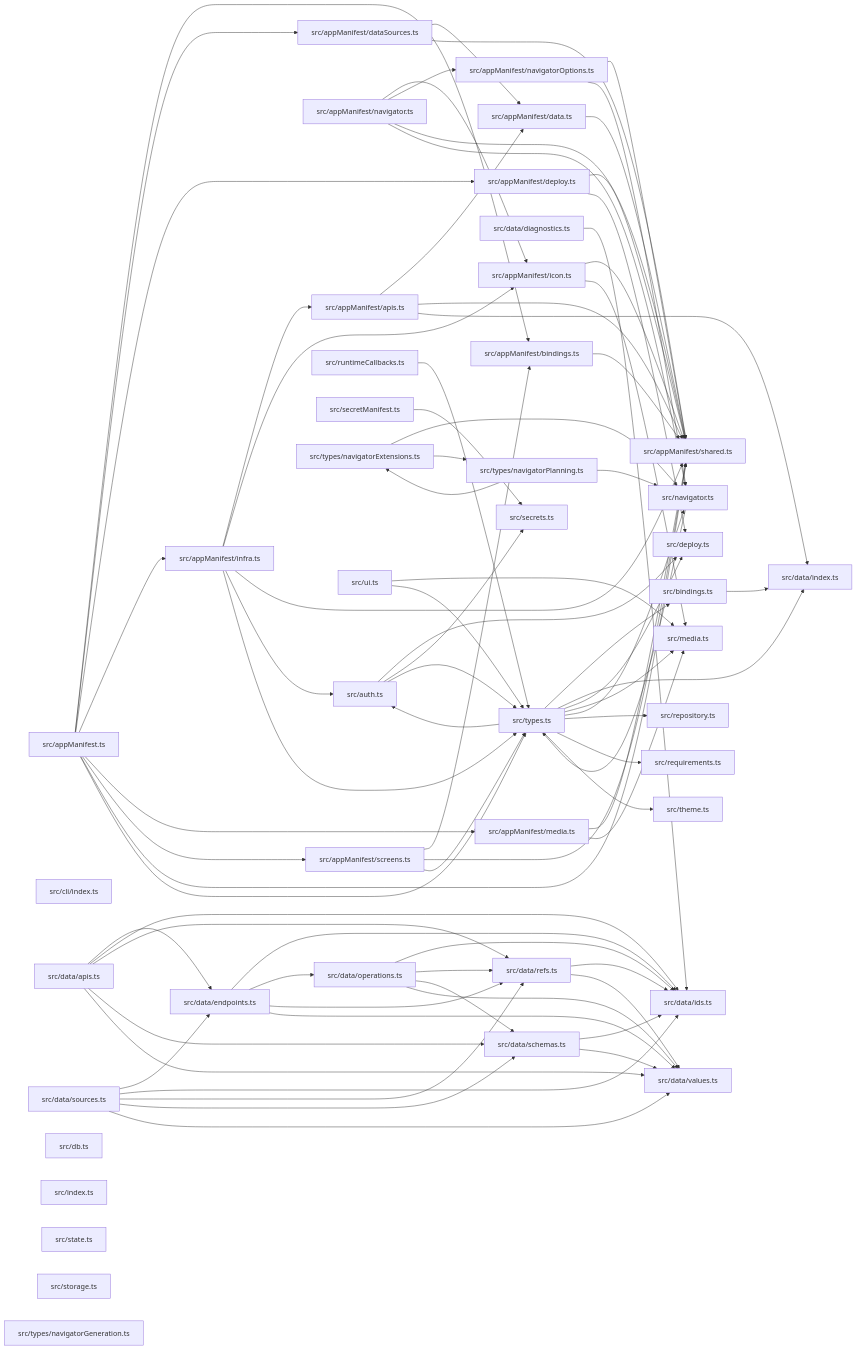
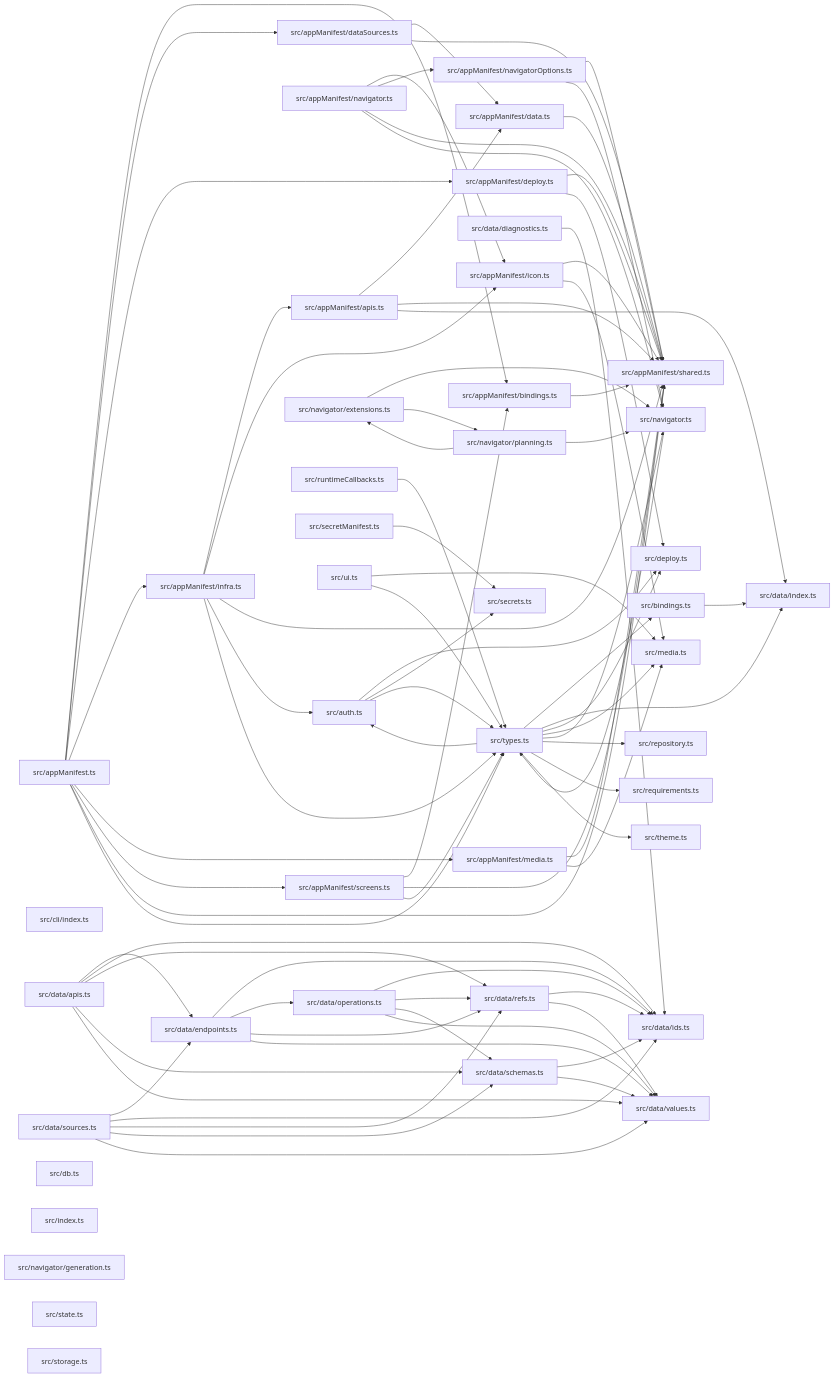
The diagram in paradox/diagrams/module-relationships.mmd (ankhorage/contracts), drawn with Mermaid before and after one commit. The commit also changed 10 other files, not shown here.

```diff
--- a/paradox/diagrams/module-relationships.mmd
+++ b/paradox/diagrams/module-relationships.mmd
@@ -1,125 +1,125 @@
 graph LR
   module_src_appManifest_ts["src/appManifest.ts"]
   module_src_appManifest_apis_ts["src/appManifest/apis.ts"]
   module_src_appManifest_bindings_ts["src/appManifest/bindings.ts"]
   module_src_appManifest_data_ts["src/appManifest/data.ts"]
   module_src_appManifest_dataSources_ts["src/appManifest/dataSources.ts"]
   module_src_appManifest_deploy_ts["src/appManifest/deploy.ts"]
   module_src_appManifest_icon_ts["src/appManifest/icon.ts"]
   module_src_appManifest_infra_ts["src/appManifest/infra.ts"]
   module_src_appManifest_media_ts["src/appManifest/media.ts"]
   module_src_appManifest_navigator_ts["src/appManifest/navigator.ts"]
   module_src_appManifest_navigatorOptions_ts["src/appManifest/navigatorOptions.ts"]
   module_src_appManifest_screens_ts["src/appManifest/screens.ts"]
   module_src_appManifest_shared_ts["src/appManifest/shared.ts"]
   module_src_auth_ts["src/auth.ts"]
   module_src_bindings_ts["src/bindings.ts"]
   module_src_cli_index_ts["src/cli/index.ts"]
   module_src_data_apis_ts["src/data/apis.ts"]
   module_src_data_diagnostics_ts["src/data/diagnostics.ts"]
   module_src_data_endpoints_ts["src/data/endpoints.ts"]
   module_src_data_ids_ts["src/data/ids.ts"]
   module_src_data_index_ts["src/data/index.ts"]
   module_src_data_operations_ts["src/data/operations.ts"]
   module_src_data_refs_ts["src/data/refs.ts"]
   module_src_data_schemas_ts["src/data/schemas.ts"]
   module_src_data_sources_ts["src/data/sources.ts"]
   module_src_data_values_ts["src/data/values.ts"]
   module_src_db_ts["src/db.ts"]
   module_src_deploy_ts["src/deploy.ts"]
   module_src_index_ts["src/index.ts"]
   module_src_media_ts["src/media.ts"]
   module_src_navigator_ts["src/navigator.ts"]
+  module_src_navigator_extensions_ts["src/navigator/extensions.ts"]
+  module_src_navigator_generation_ts["src/navigator/generation.ts"]
+  module_src_navigator_planning_ts["src/navigator/planning.ts"]
   module_src_repository_ts["src/repository.ts"]
   module_src_requirements_ts["src/requirements.ts"]
   module_src_runtimeCallbacks_ts["src/runtimeCallbacks.ts"]
   module_src_secretManifest_ts["src/secretManifest.ts"]
   module_src_secrets_ts["src/secrets.ts"]
   module_src_state_ts["src/state.ts"]
   module_src_storage_ts["src/storage.ts"]
   module_src_theme_ts["src/theme.ts"]
   module_src_types_ts["src/types.ts"]
-  module_src_types_navigatorExtensions_ts["src/types/navigatorExtensions.ts"]
-  module_src_types_navigatorGeneration_ts["src/types/navigatorGeneration.ts"]
-  module_src_types_navigatorPlanning_ts["src/types/navigatorPlanning.ts"]
   module_src_ui_ts["src/ui.ts"]
   module_src_appManifest_ts --> module_src_appManifest_bindings_ts
   module_src_appManifest_ts --> module_src_appManifest_dataSources_ts
   module_src_appManifest_ts --> module_src_appManifest_deploy_ts
   module_src_appManifest_ts --> module_src_appManifest_infra_ts
   module_src_appManifest_ts --> module_src_appManifest_media_ts
   module_src_appManifest_ts --> module_src_appManifest_screens_ts
   module_src_appManifest_ts --> module_src_appManifest_shared_ts
   module_src_appManifest_ts --> module_src_types_ts
   module_src_appManifest_apis_ts --> module_src_appManifest_data_ts
   module_src_appManifest_apis_ts --> module_src_appManifest_shared_ts
   module_src_appManifest_apis_ts --> module_src_data_index_ts
   module_src_appManifest_bindings_ts --> module_src_appManifest_shared_ts
   module_src_appManifest_data_ts --> module_src_appManifest_shared_ts
   module_src_appManifest_dataSources_ts --> module_src_appManifest_data_ts
   module_src_appManifest_dataSources_ts --> module_src_appManifest_shared_ts
   module_src_appManifest_deploy_ts --> module_src_appManifest_shared_ts
   module_src_appManifest_deploy_ts --> module_src_deploy_ts
   module_src_appManifest_icon_ts --> module_src_appManifest_shared_ts
   module_src_appManifest_icon_ts --> module_src_media_ts
   module_src_appManifest_infra_ts --> module_src_appManifest_apis_ts
   module_src_appManifest_infra_ts --> module_src_appManifest_icon_ts
   module_src_appManifest_infra_ts --> module_src_appManifest_shared_ts
   module_src_appManifest_infra_ts --> module_src_auth_ts
   module_src_appManifest_infra_ts --> module_src_types_ts
   module_src_appManifest_media_ts --> module_src_appManifest_shared_ts
   module_src_appManifest_media_ts --> module_src_media_ts
   module_src_appManifest_navigator_ts --> module_src_appManifest_icon_ts
   module_src_appManifest_navigator_ts --> module_src_appManifest_navigatorOptions_ts
   module_src_appManifest_navigator_ts --> module_src_appManifest_shared_ts
   module_src_appManifest_navigator_ts --> module_src_navigator_ts
   module_src_appManifest_navigatorOptions_ts --> module_src_appManifest_shared_ts
   module_src_appManifest_navigatorOptions_ts --> module_src_navigator_ts
   module_src_appManifest_screens_ts --> module_src_appManifest_bindings_ts
   module_src_appManifest_screens_ts --> module_src_appManifest_shared_ts
   module_src_appManifest_screens_ts --> module_src_types_ts
   module_src_auth_ts --> module_src_deploy_ts
   module_src_auth_ts --> module_src_secrets_ts
   module_src_auth_ts --> module_src_types_ts
   module_src_bindings_ts --> module_src_data_index_ts
   module_src_data_apis_ts --> module_src_data_endpoints_ts
   module_src_data_apis_ts --> module_src_data_ids_ts
   module_src_data_apis_ts --> module_src_data_refs_ts
   module_src_data_apis_ts --> module_src_data_schemas_ts
   module_src_data_apis_ts --> module_src_data_values_ts
   module_src_data_diagnostics_ts --> module_src_data_ids_ts
   module_src_data_endpoints_ts --> module_src_data_ids_ts
   module_src_data_endpoints_ts --> module_src_data_operations_ts
   module_src_data_endpoints_ts --> module_src_data_refs_ts
   module_src_data_endpoints_ts --> module_src_data_values_ts
   module_src_data_operations_ts --> module_src_data_ids_ts
   module_src_data_operations_ts --> module_src_data_refs_ts
   module_src_data_operations_ts --> module_src_data_schemas_ts
   module_src_data_operations_ts --> module_src_data_values_ts
   module_src_data_refs_ts --> module_src_data_ids_ts
   module_src_data_refs_ts --> module_src_data_values_ts
   module_src_data_schemas_ts --> module_src_data_ids_ts
   module_src_data_schemas_ts --> module_src_data_values_ts
   module_src_data_sources_ts --> module_src_data_endpoints_ts
   module_src_data_sources_ts --> module_src_data_ids_ts
   module_src_data_sources_ts --> module_src_data_refs_ts
   module_src_data_sources_ts --> module_src_data_schemas_ts
   module_src_data_sources_ts --> module_src_data_values_ts
   module_src_navigator_ts --> module_src_types_ts
+  module_src_navigator_extensions_ts --> module_src_navigator_ts
+  module_src_navigator_extensions_ts --> module_src_navigator_planning_ts
+  module_src_navigator_planning_ts --> module_src_navigator_ts
+  module_src_navigator_planning_ts --> module_src_navigator_extensions_ts
   module_src_runtimeCallbacks_ts --> module_src_types_ts
   module_src_secretManifest_ts --> module_src_secrets_ts
   module_src_types_ts --> module_src_auth_ts
   module_src_types_ts --> module_src_bindings_ts
   module_src_types_ts --> module_src_data_index_ts
   module_src_types_ts --> module_src_deploy_ts
   module_src_types_ts --> module_src_media_ts
   module_src_types_ts --> module_src_navigator_ts
   module_src_types_ts --> module_src_repository_ts
   module_src_types_ts --> module_src_requirements_ts
   module_src_types_ts --> module_src_theme_ts
-  module_src_types_navigatorExtensions_ts --> module_src_navigator_ts
-  module_src_types_navigatorExtensions_ts --> module_src_types_navigatorPlanning_ts
-  module_src_types_navigatorPlanning_ts --> module_src_navigator_ts
-  module_src_types_navigatorPlanning_ts --> module_src_types_navigatorExtensions_ts
   module_src_ui_ts --> module_src_media_ts
   module_src_ui_ts --> module_src_types_ts
```
